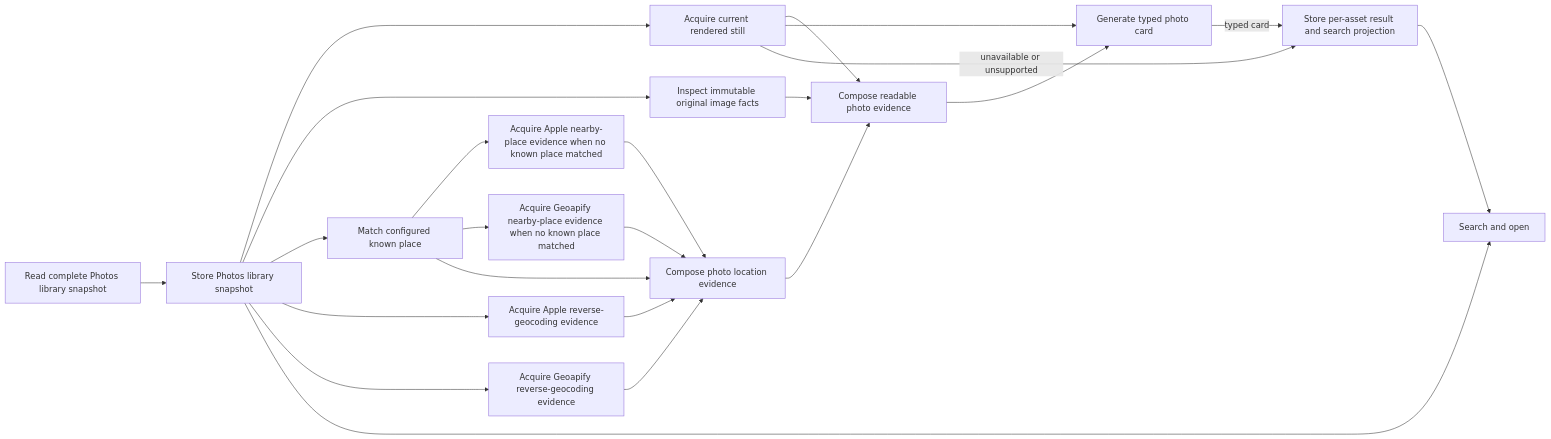
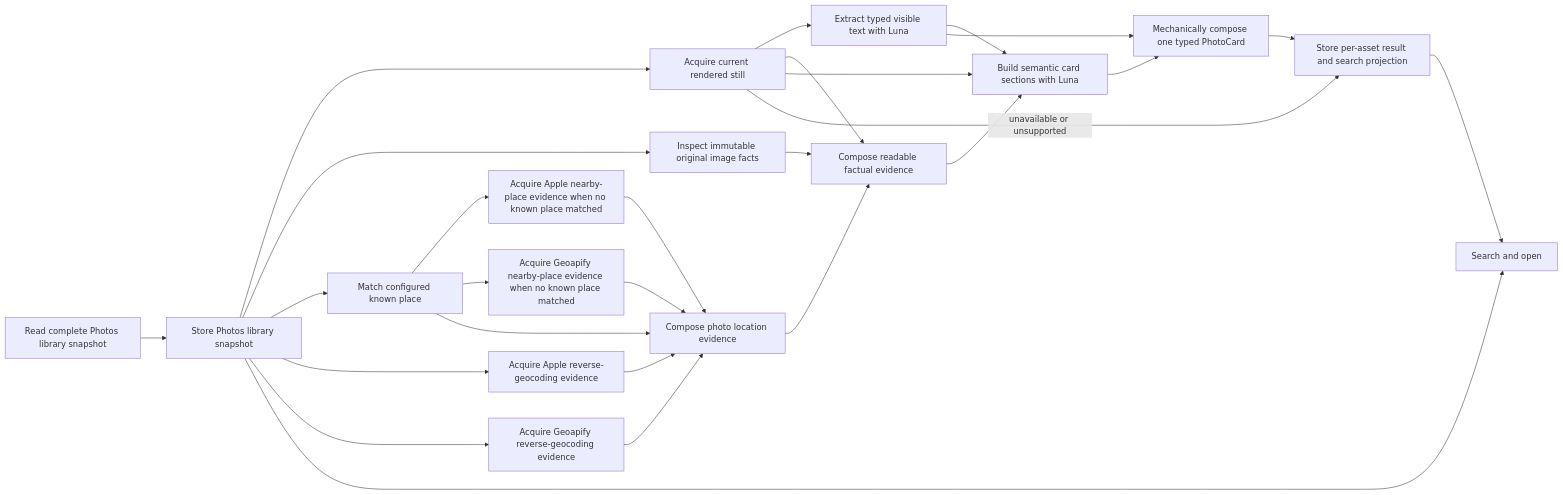
The diagram in trawlers/photos/docs/architecture.md (opentrawl/opentrawl), drawn with Mermaid before and after one commit. The commit also changed other lines of this file and 14 other files, not shown here.

Commit message:
Split PhotoCard generation into typed OCR DAG

````diff
--- a/trawlers/photos/docs/architecture.md
+++ b/trawlers/photos/docs/architecture.md
@@ -26,25 +26,29 @@
 ```mermaid
 flowchart LR
     snapshot["Read complete Photos library snapshot"] --> index["Store Photos library snapshot"]
     index --> current["Acquire current rendered still"]
     index --> facts["Inspect immutable original image facts"]
     index --> known["Match configured known place"]
     index --> appleReverse["Acquire Apple reverse-geocoding evidence"]
     known --> appleNearby["Acquire Apple nearby-place evidence when no known place matched"]
     index --> geoapifyReverse["Acquire Geoapify reverse-geocoding evidence"]
     known --> geoapifyNearby["Acquire Geoapify nearby-place evidence when no known place matched"]
-    current --> readable["Compose readable photo evidence"]
+    current --> text["Extract typed visible text with Luna"]
+    current --> readable["Compose readable factual evidence"]
     facts --> readable
     known --> locationEvidence["Compose photo location evidence"]
     appleReverse --> locationEvidence
     appleNearby --> locationEvidence
     geoapifyReverse --> locationEvidence
     geoapifyNearby --> locationEvidence
     locationEvidence --> readable
-    current --> card["Generate typed photo card"]
+    text --> card["Build semantic card sections with Luna"]
+    current --> card
     readable --> card
-    card -->|typed card| store["Store per-asset result and search projection"]
+    card --> compose["Mechanically compose one typed PhotoCard"]
+    text --> compose
+    compose --> store["Store per-asset result and search projection"]
     current -->|unavailable or unsupported| store
     index --> query["Search and open"]
     store --> query
 ```
````
